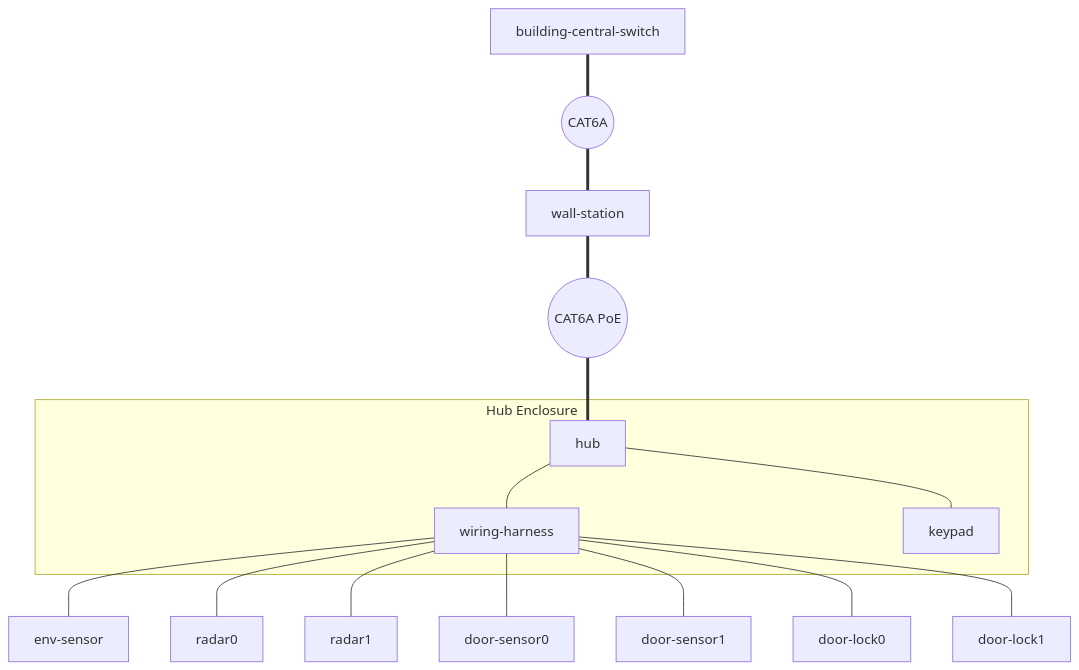
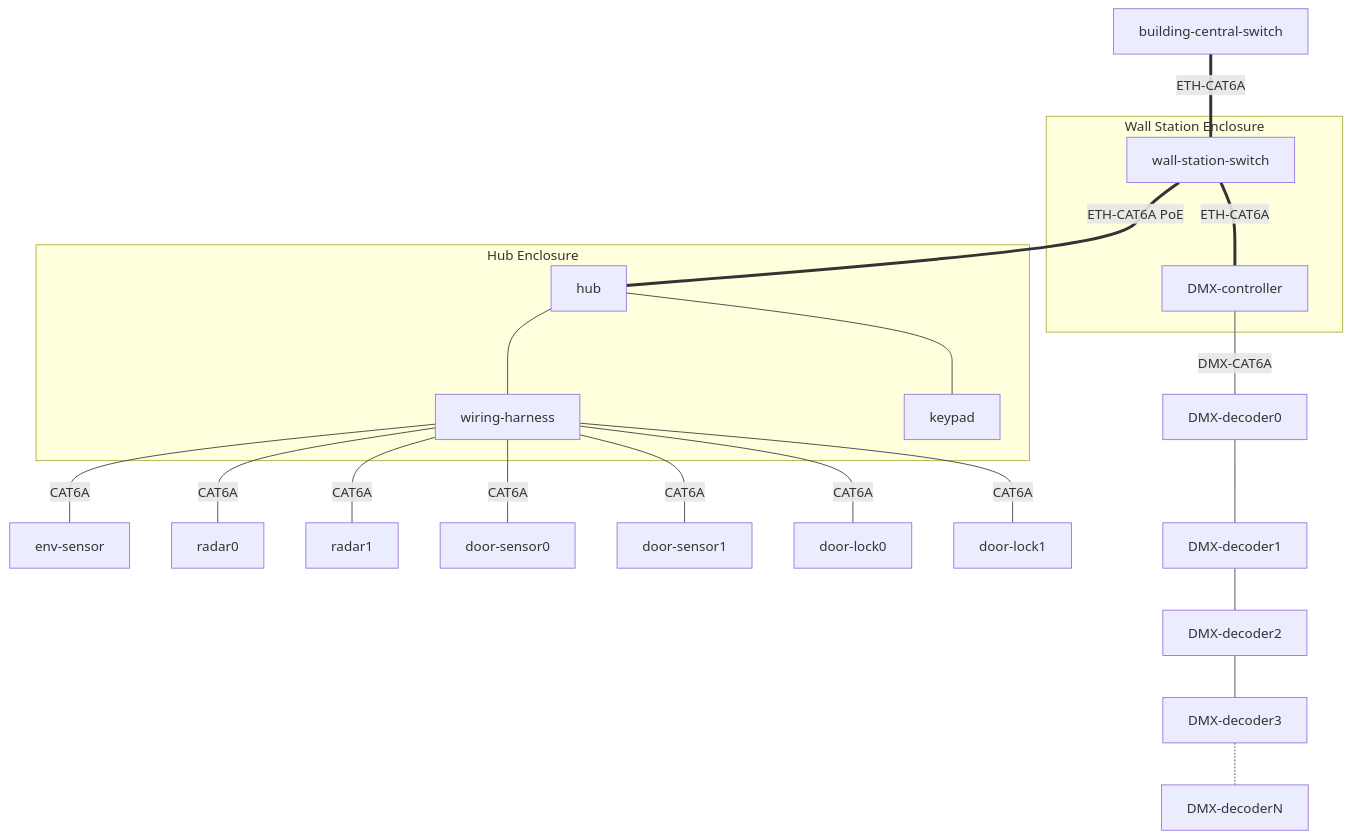
One commit to Steven-Burns/arkadiahouse-hardware changed the second of 2 diagrams in parts/sensor-hub/hub/doc/hub.md. Above: the diagram before and after it, drawn with Mermaid. The commit also changed other lines of this file, not shown here.

Commit message:
mermaid fu!

````diff
--- a/parts/sensor-hub/hub/doc/hub.md
+++ b/parts/sensor-hub/hub/doc/hub.md
@@ -4,21 +16,32 @@
 ```mermaid
-graph TB;
-    building-central-switch===wire((CAT6A))
-    wire===wall-station
-    wall-station===poe((CAT6A PoE))
-    poe===hub
-    hub---wiring-harness
-    hub---keypad
-    wiring-harness---env-sensor
-    wiring-harness---radar0
-    wiring-harness---radar1
-    wiring-harness---door-sensor0
-    wiring-harness---door-sensor1
-    wiring-harness---door-lock0
-    wiring-harness---door-lock1
+graph TB
+    building-central-switch==ETH-CAT6A===wall-station-switch
+
+    subgraph Wall Station Enclosure
+        wall-station-switch
+        DMX-controller
+    end
+    wall-station-switch==ETH-CAT6A PoE===hub
+    wall-station-switch==ETH-CAT6A===DMX-controller
+
     subgraph Hub Enclosure
         hub
         wiring-harness
         keypad
     end
+    hub---wiring-harness
+    hub---keypad
+    wiring-harness--CAT6A---env-sensor
+    wiring-harness--CAT6A---radar0
+    wiring-harness--CAT6A---radar1
+    wiring-harness--CAT6A---door-sensor0
+    wiring-harness--CAT6A---door-sensor1
+    wiring-harness--CAT6A---door-lock0
+    wiring-harness--CAT6A---door-lock1
+
+    DMX-controller--DMX-CAT6A---DMX-decoder0
+    DMX-decoder0---DMX-decoder1
+    DMX-decoder1---DMX-decoder2
+    DMX-decoder2---DMX-decoder3
+    DMX-decoder3-.-DMX-decoderN
 ```
````
